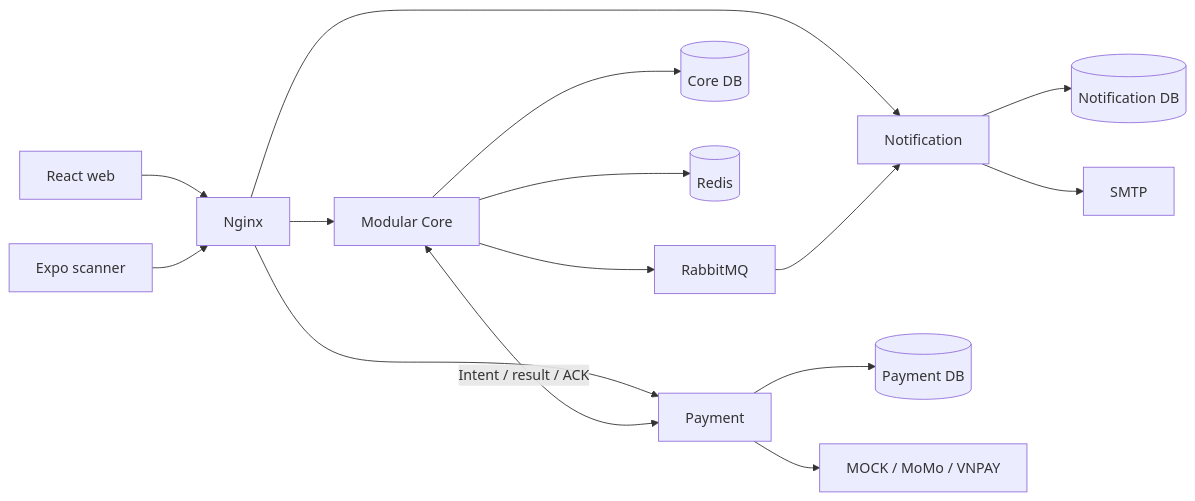
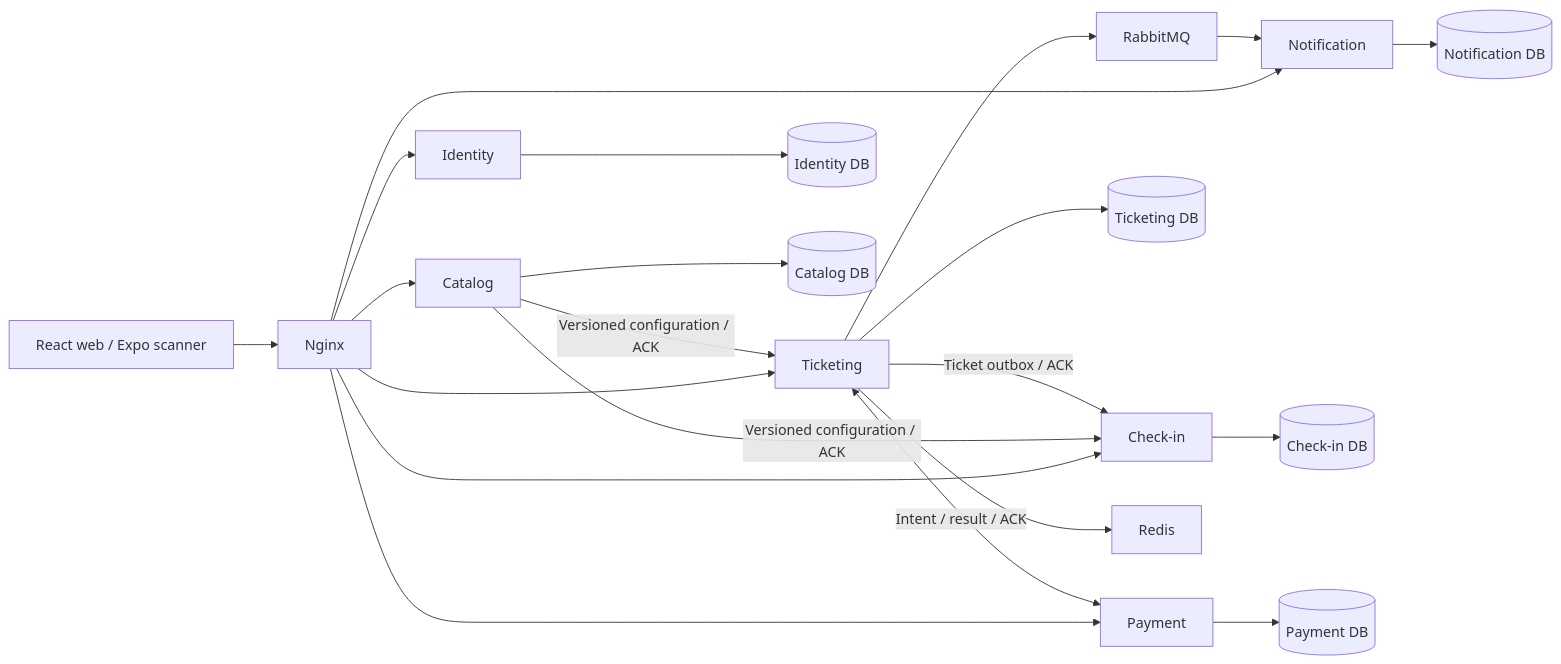
Before and after one commit to phom77/ticketbox: the diagram in README.md, drawn with Mermaid. The commit also changed other lines of this file and 137 other files, not shown here.

````diff
--- a/README.md
+++ b/README.md
@@ -43,16 +43,22 @@
-```mermaid
+~~~mermaid
 flowchart LR
-  Web[React web] --> Gateway[Nginx]
-  Scanner[Expo scanner] --> Gateway
-  Gateway --> Core[Modular Core]
+  Clients[React web / Expo scanner] --> Gateway[Nginx]
+  Gateway --> Identity
+  Gateway --> Catalog
+  Gateway --> Ticketing
+  Gateway --> Checkin[Check-in]
   Gateway --> Payment
   Gateway --> Notification
-  Core --> CoreDB[(Core DB)]
-  Core --> Redis[(Redis)]
-  Core <-->|Intent / result / ACK| Payment
-  Payment --> PaymentDB[(Payment DB)]
-  Payment --> Providers[MOCK / MoMo / VNPAY]
-  Core --> RabbitMQ --> Notification
-  Notification --> NotificationDB[(Notification DB)]
-  Notification --> SMTP
-```
+  Identity --> I[(Identity DB)]
+  Catalog --> C[(Catalog DB)]
+  Ticketing --> T[(Ticketing DB)]
+  Checkin --> X[(Check-in DB)]
+  Payment --> P[(Payment DB)]
+  Notification --> N[(Notification DB)]
+  Catalog -->|Versioned configuration / ACK| Ticketing
+  Catalog -->|Versioned configuration / ACK| Checkin
+  Ticketing -->|Ticket outbox / ACK| Checkin
+  Ticketing <-->|Intent / result / ACK| Payment
+  Ticketing --> RabbitMQ --> Notification
+  Ticketing --> Redis
+~~~
````
